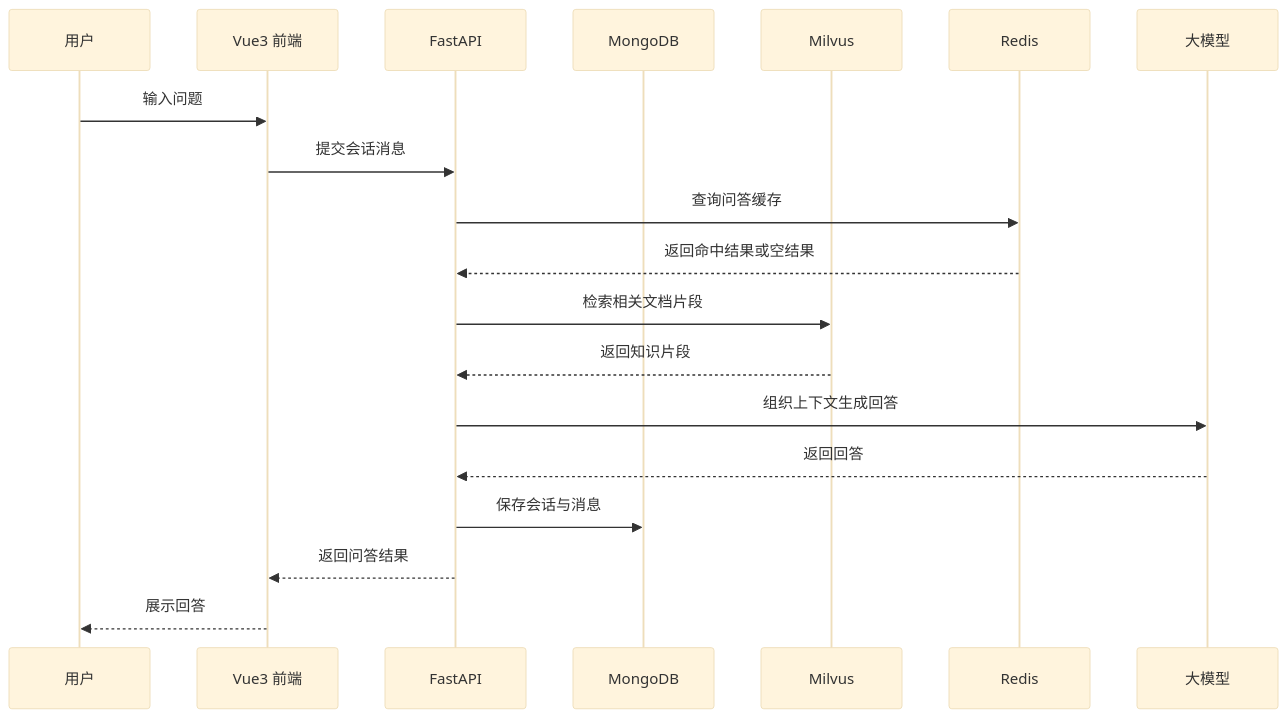
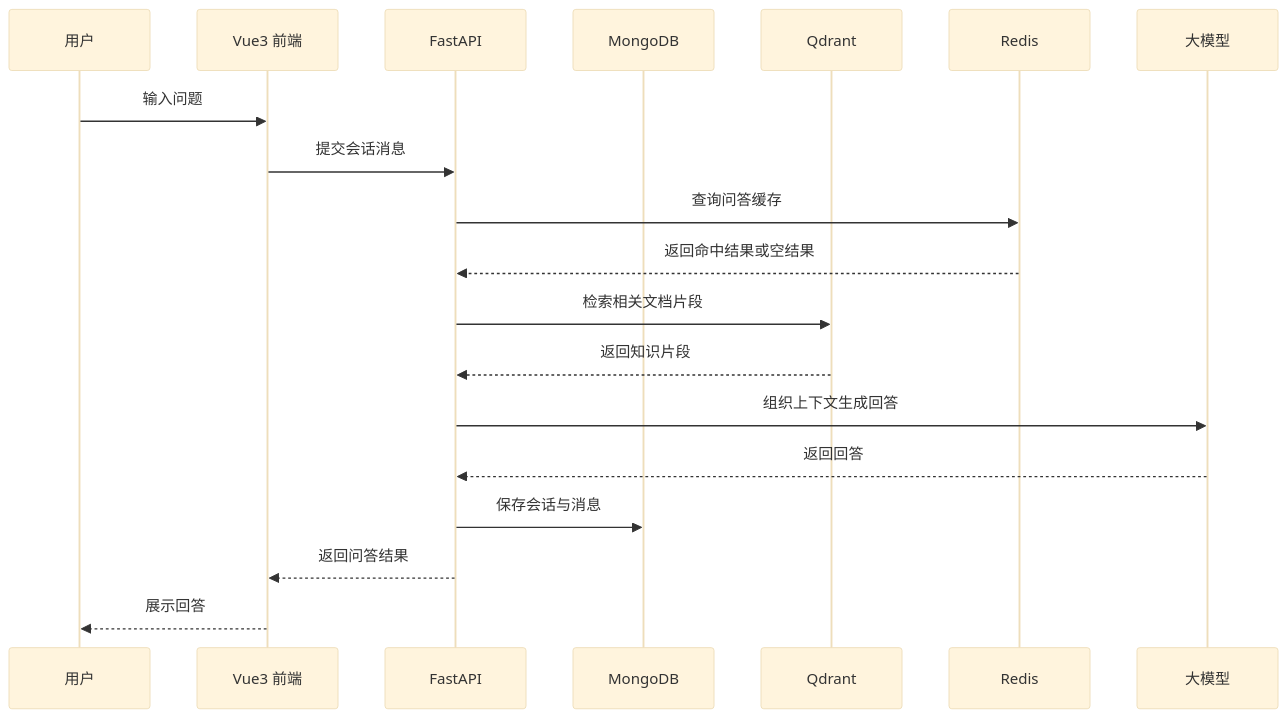
Before and after one commit to gogogo-a/rag-platform: the third of 3 diagrams in README.md, drawn with Mermaid (base theme). The commit also changed other lines of this file and 56 other files, not shown here.

Commit message:
Remove Milvus and switch vectors to Qdrant

````diff
--- a/README.md
+++ b/README.md
@@ -63,22 +63,22 @@
 ```mermaid
 sequenceDiagram
     participant User as 用户
     participant Web as Vue3 前端
     participant API as FastAPI
     participant DB as MongoDB
-    participant VDB as Milvus
+    participant VDB as Qdrant
     participant Cache as Redis
     participant LLM as 大模型
 
     User->>Web: 输入问题
     Web->>API: 提交会话消息
     API->>Cache: 查询问答缓存
     Cache-->>API: 返回命中结果或空结果
     API->>VDB: 检索相关文档片段
     VDB-->>API: 返回知识片段
     API->>LLM: 组织上下文生成回答
     LLM-->>API: 返回回答
     API->>DB: 保存会话与消息
     API-->>Web: 返回问答结果
     Web-->>User: 展示回答
 ```
````
